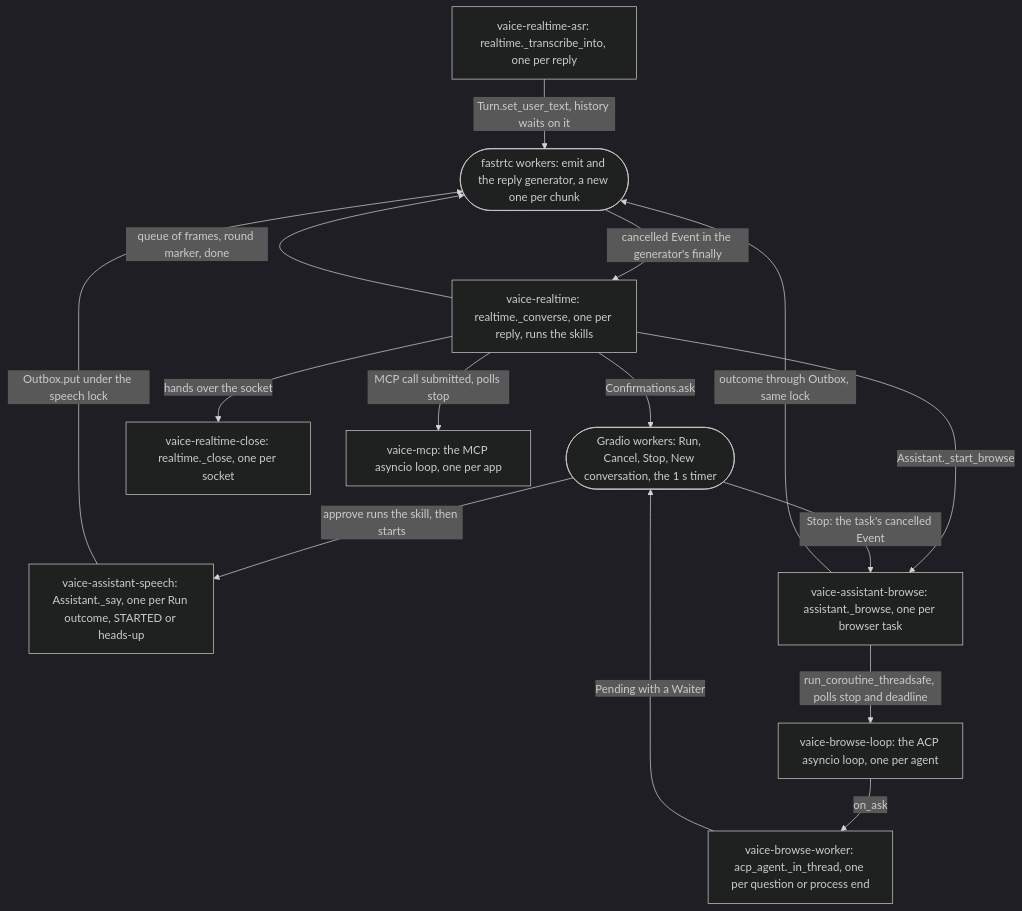
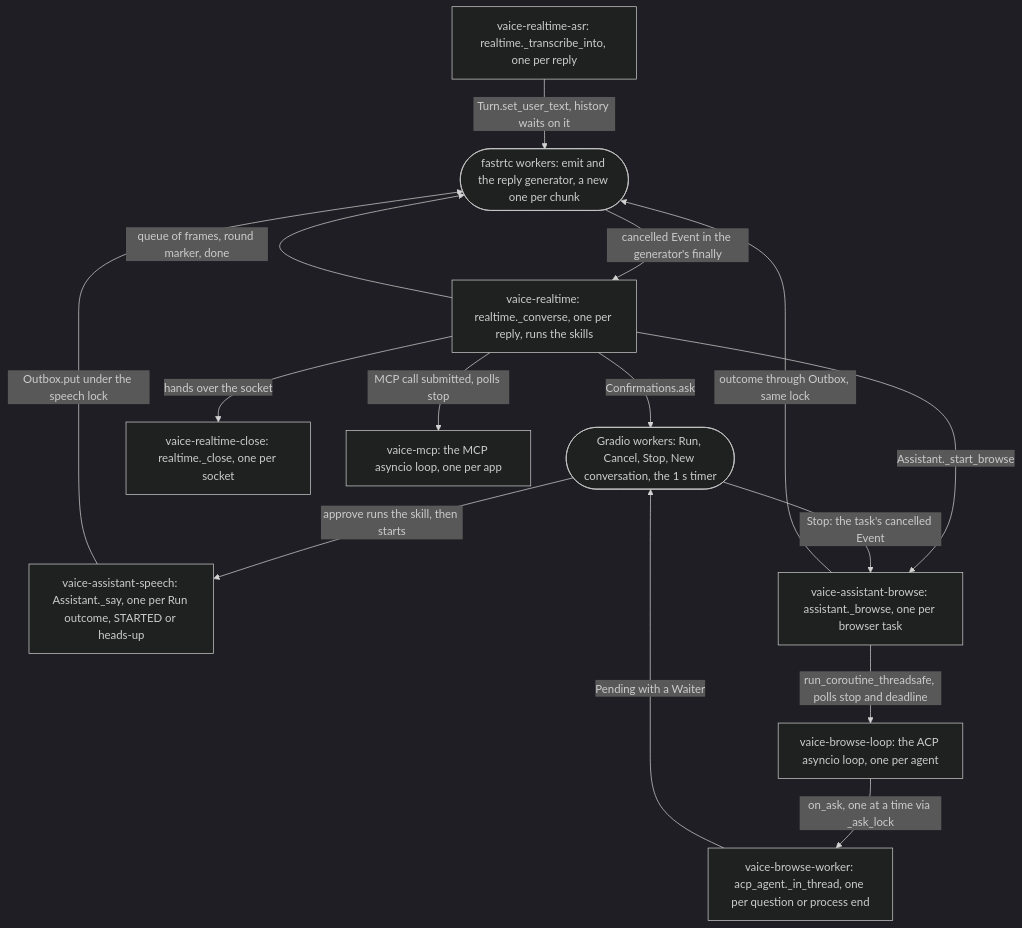
The tenth of 11 diagrams in docs/architecture.md (ranacseruet/vaice), drawn with Mermaid (dark theme) before and after one commit. The commit also changed other lines of this file and 5 other files, not shown here.

````diff
--- a/docs/architecture.md
+++ b/docs/architecture.md
@@ -421,28 +423,28 @@
 ```mermaid
 flowchart TB
   %% view: threads
   fw(["fastrtc workers: emit and the reply generator, a new one per chunk"])
   gw(["Gradio workers: Run, Cancel, Stop, New conversation, the 1 s timer"])
   rt["vaice-realtime: realtime._converse, one per reply, runs the skills"]
   asr["vaice-realtime-asr: realtime._transcribe_into, one per reply"]
   cl["vaice-realtime-close: realtime._close, one per socket"]
   sp["vaice-assistant-speech: Assistant._say, one per Run outcome, STARTED or heads-up"]
   br["vaice-assistant-browse: assistant._browse, one per browser task"]
   lp["vaice-browse-loop: the ACP asyncio loop, one per agent"]
   wk["vaice-browse-worker: acp_agent._in_thread, one per question or process end"]
   mc["vaice-mcp: the MCP asyncio loop, one per app"]
   rt -->|"queue of frames, round marker, done"| fw
   fw -->|"cancelled Event in the generator's finally"| rt
   rt -->|"hands over the socket"| cl
   asr -->|"Turn.set_user_text, history waits on it"| fw
   rt -->|"MCP call submitted, polls stop"| mc
   rt -->|"Confirmations.ask"| gw
   rt -->|"Assistant._start_browse"| br
   gw -->|"approve runs the skill, then starts"| sp
   sp -->|"Outbox.put under the speech lock"| fw
   br -->|"outcome through Outbox, same lock"| fw
   br -->|"run_coroutine_threadsafe, polls stop and deadline"| lp
-  lp -->|"on_ask"| wk
+  lp -->|"on_ask, one at a time via _ask_lock"| wk
   wk -->|"Pending with a Waiter"| gw
   gw -->|"Stop: the task's cancelled Event"| br
 ```
````
